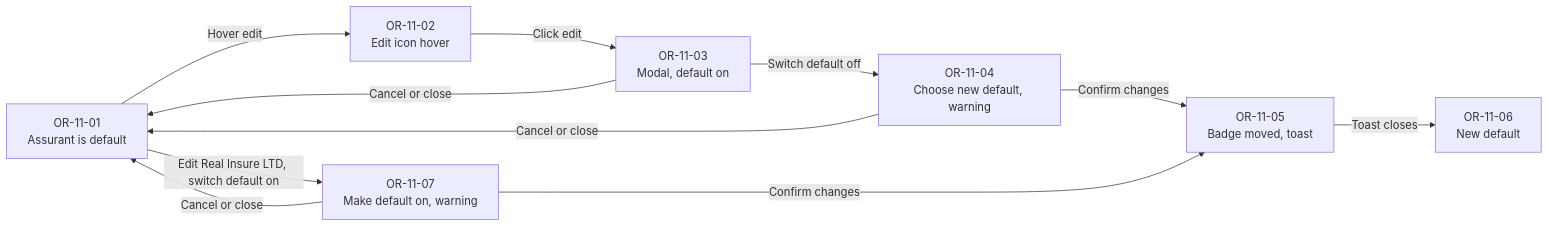
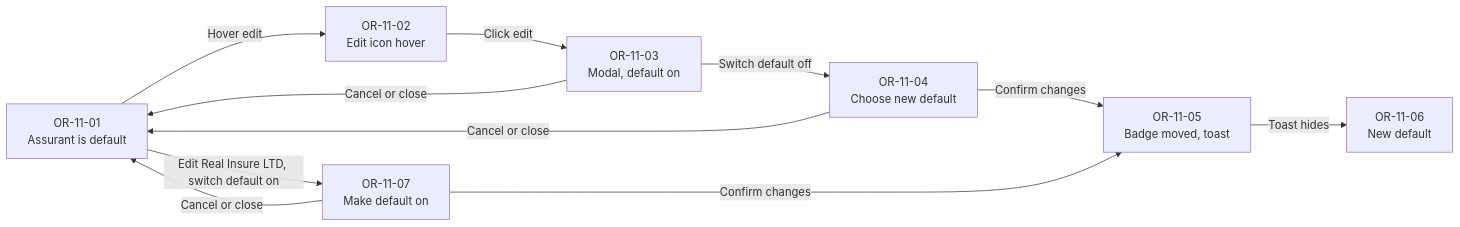
One commit to OGI-Product-Design/buckholt-ai changed diagram 11 of 11 in Originators/originators-spec.md. Above: the diagram before and after it, drawn with Mermaid. The commit also changed other lines of this file, not shown here.

````diff
--- a/Originators/originators-spec.md
+++ b/Originators/originators-spec.md
@@ -918,13 +898,13 @@
 ```mermaid
 flowchart LR
   A[OR-11-01<br/>Assurant is default] -->|Hover edit| B[OR-11-02<br/>Edit icon hover]
   B -->|Click edit| C[OR-11-03<br/>Modal, default on]
-  C -->|Switch default off| D[OR-11-04<br/>Choose new default, warning]
+  C -->|Switch default off| D[OR-11-04<br/>Choose new default]
   D -->|Confirm changes| E[OR-11-05<br/>Badge moved, toast]
-  E -->|Toast closes| F[OR-11-06<br/>New default]
-  A -->|Edit Real Insure LTD, switch default on| G[OR-11-07<br/>Make default on, warning]
+  E -->|Toast hides| F[OR-11-06<br/>New default]
+  A -->|Edit Real Insure LTD, switch default on| G[OR-11-07<br/>Make default on]
   G -->|Confirm changes| E
   C -->|Cancel or close| A
   D -->|Cancel or close| A
   G -->|Cancel or close| A
 ```
````
